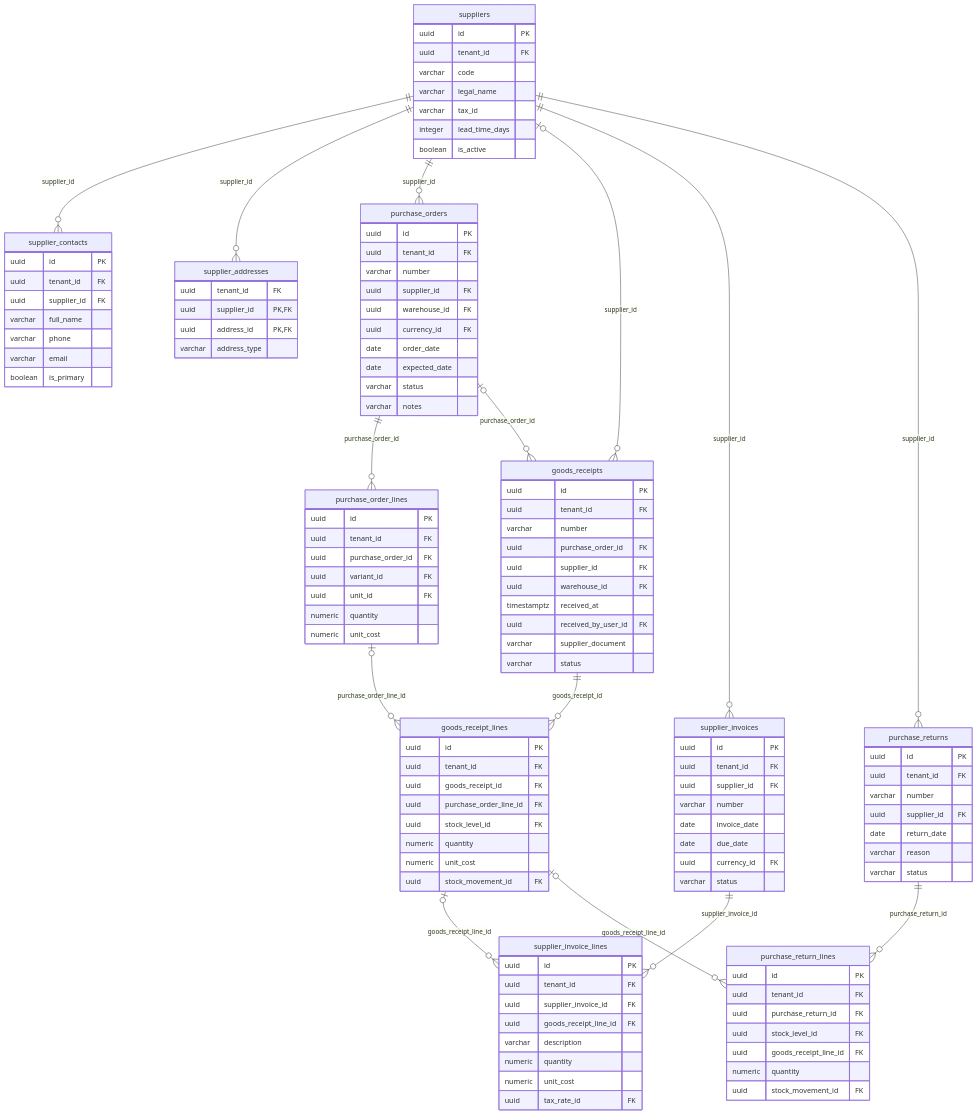
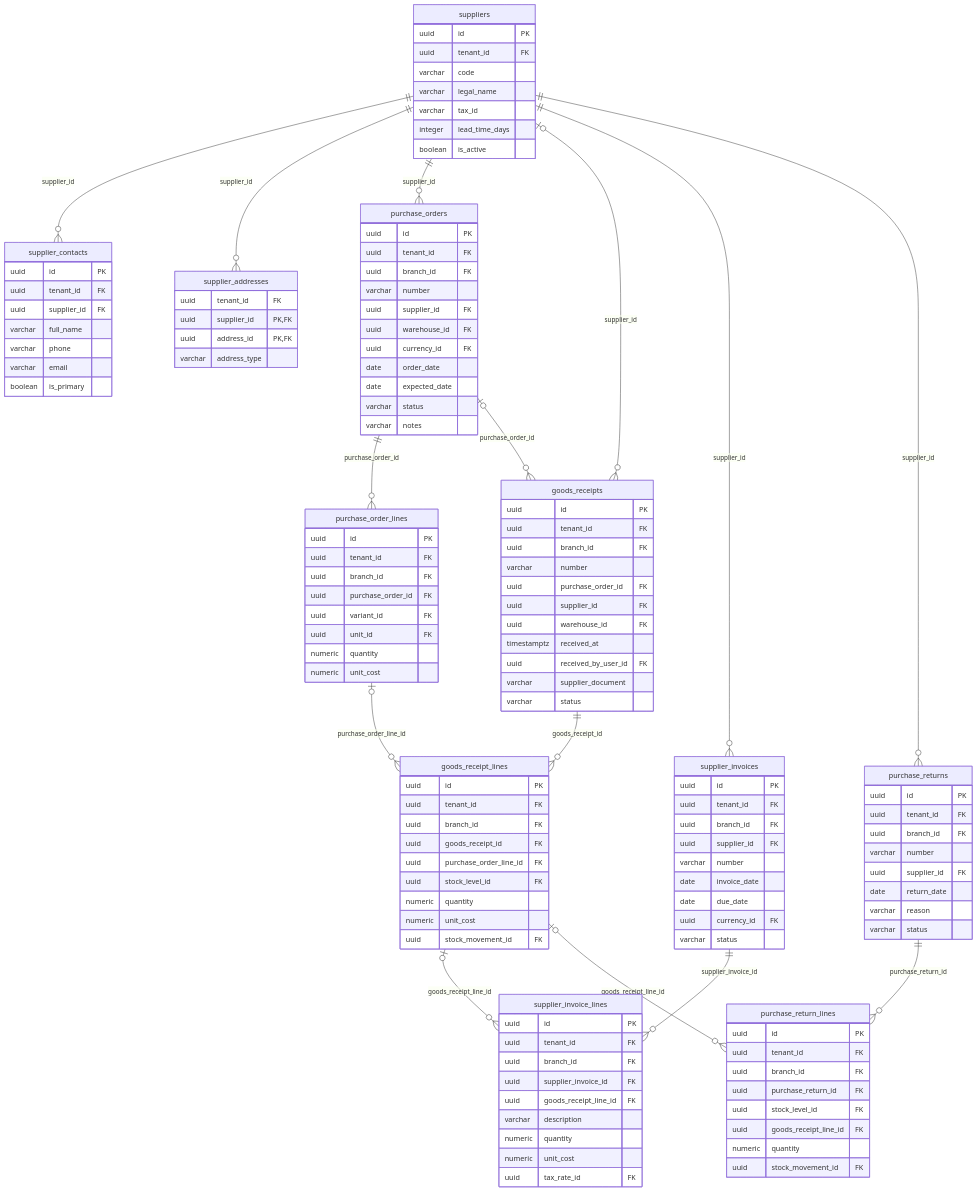
One commit to ZPSoftwareFastSolutions/ZP-MINV-Platform changed the fifth of 8 diagrams in docs/database/ERD-MINV-V3.md. Above: the diagram before and after it, drawn with Mermaid. The commit also changed other lines of this file and 261 other files, not shown here.

```diff
--- a/docs/database/ERD-MINV-V3.md
+++ b/docs/database/ERD-MINV-V3.md
@@ -709,6 +807,7 @@
     purchase_orders {
         uuid id PK
         uuid tenant_id FK
+        uuid branch_id FK
         varchar number
         uuid supplier_id FK
         uuid warehouse_id FK
@@ -721,6 +820,7 @@
     purchase_order_lines {
         uuid id PK
         uuid tenant_id FK
+        uuid branch_id FK
         uuid purchase_order_id FK
         uuid variant_id FK
         uuid unit_id FK
@@ -730,6 +830,7 @@
     goods_receipts {
         uuid id PK
         uuid tenant_id FK
+        uuid branch_id FK
         varchar number
         uuid purchase_order_id FK
         uuid supplier_id FK
@@ -742,6 +843,7 @@
     goods_receipt_lines {
         uuid id PK
         uuid tenant_id FK
+        uuid branch_id FK
         uuid goods_receipt_id FK
         uuid purchase_order_line_id FK
         uuid stock_level_id FK
@@ -752,6 +854,7 @@
     supplier_invoices {
         uuid id PK
         uuid tenant_id FK
+        uuid branch_id FK
         uuid supplier_id FK
         varchar number
         date invoice_date
@@ -762,6 +865,7 @@
     supplier_invoice_lines {
         uuid id PK
         uuid tenant_id FK
+        uuid branch_id FK
         uuid supplier_invoice_id FK
         uuid goods_receipt_line_id FK
         varchar description
@@ -772,6 +876,7 @@
     purchase_returns {
         uuid id PK
         uuid tenant_id FK
+        uuid branch_id FK
         varchar number
         uuid supplier_id FK
         date return_date
@@ -781,6 +886,7 @@
     purchase_return_lines {
         uuid id PK
         uuid tenant_id FK
+        uuid branch_id FK
         uuid purchase_return_id FK
         uuid stock_level_id FK
         uuid goods_receipt_line_id FK
```
